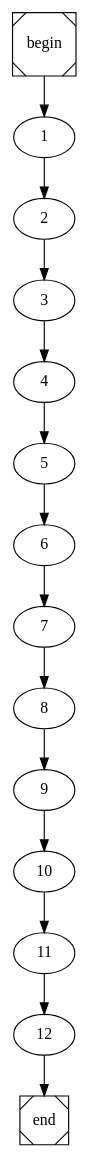
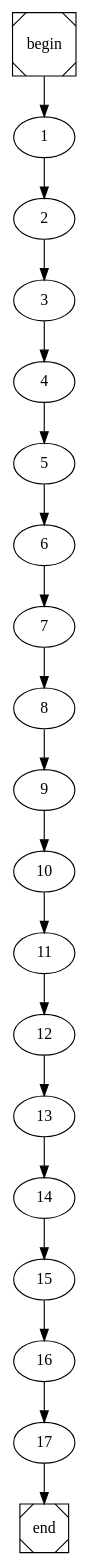
The diagram in build_test_arr.dot (pedrojfs17/FEUP-COMP), drawn with Graphviz before and after one commit. The commit also changed 39 other files, not shown here.

```diff
--- a/build_test_arr.dot
+++ b/build_test_arr.dot
@@ -1,4 +1,4 @@
 digraph cfg {
 	begin [shape=Msquare];
 	end [shape=Msquare];
-	begin -> 1;	1 -> 2;	2 -> 3;	3 -> 4;	4 -> 5;	5 -> 6;	6 -> 7;	7 -> 8;	8 -> 9;	9 -> 10;	10 -> 11;	11 -> 12;	12 -> end;}
+	begin -> 1;	1 -> 2;	2 -> 3;	3 -> 4;	4 -> 5;	5 -> 6;	6 -> 7;	7 -> 8;	8 -> 9;	9 -> 10;	10 -> 11;	11 -> 12;	12 -> 13;	13 -> 14;	14 -> 15;	15 -> 16;	16 -> 17;	17 -> end;}
```
